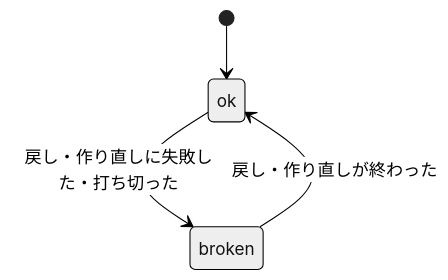
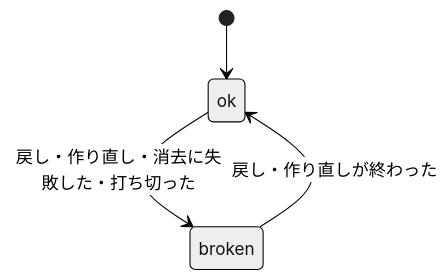
One commit to itiwoja/agent-team changed diagram 12 of 12 in docs/design/10_diagrams/states.md. Above: the diagram before and after it, drawn with Mermaid (neutral theme). The commit also changed other lines of this file and 30 other files, not shown here.

````diff
--- a/docs/design/10_diagrams/states.md
+++ b/docs/design/10_diagrams/states.md
@@ -161,6 +163,6 @@
 ```mermaid
 stateDiagram-v2
  [*] --> ok
- ok --> broken : 戻し・作り直しに失敗した・打ち切った
+  ok --> broken : 戻し・作り直し・消去に失敗した・打ち切った
  broken --> ok : 戻し・作り直しが終わった
 ```
````
